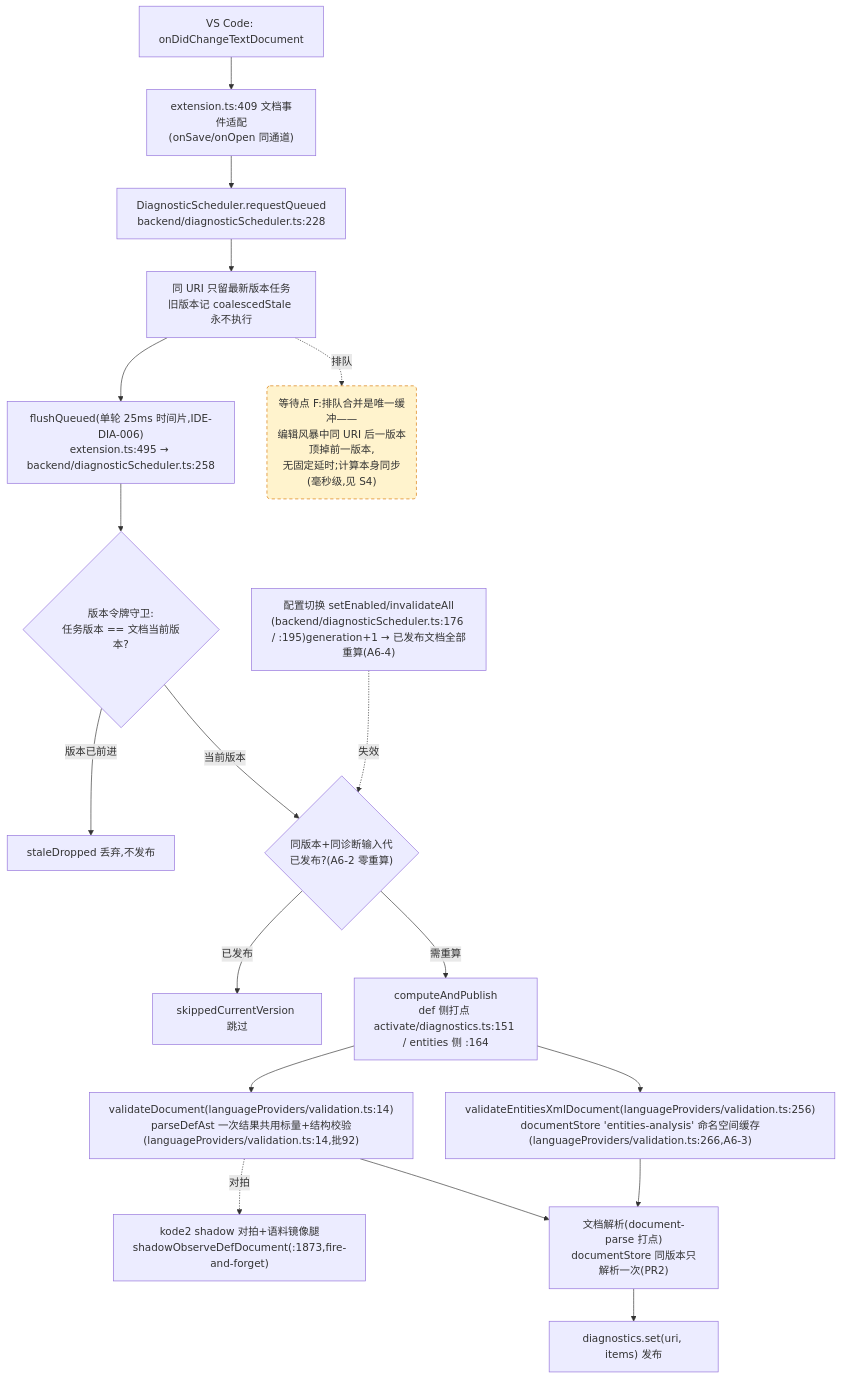
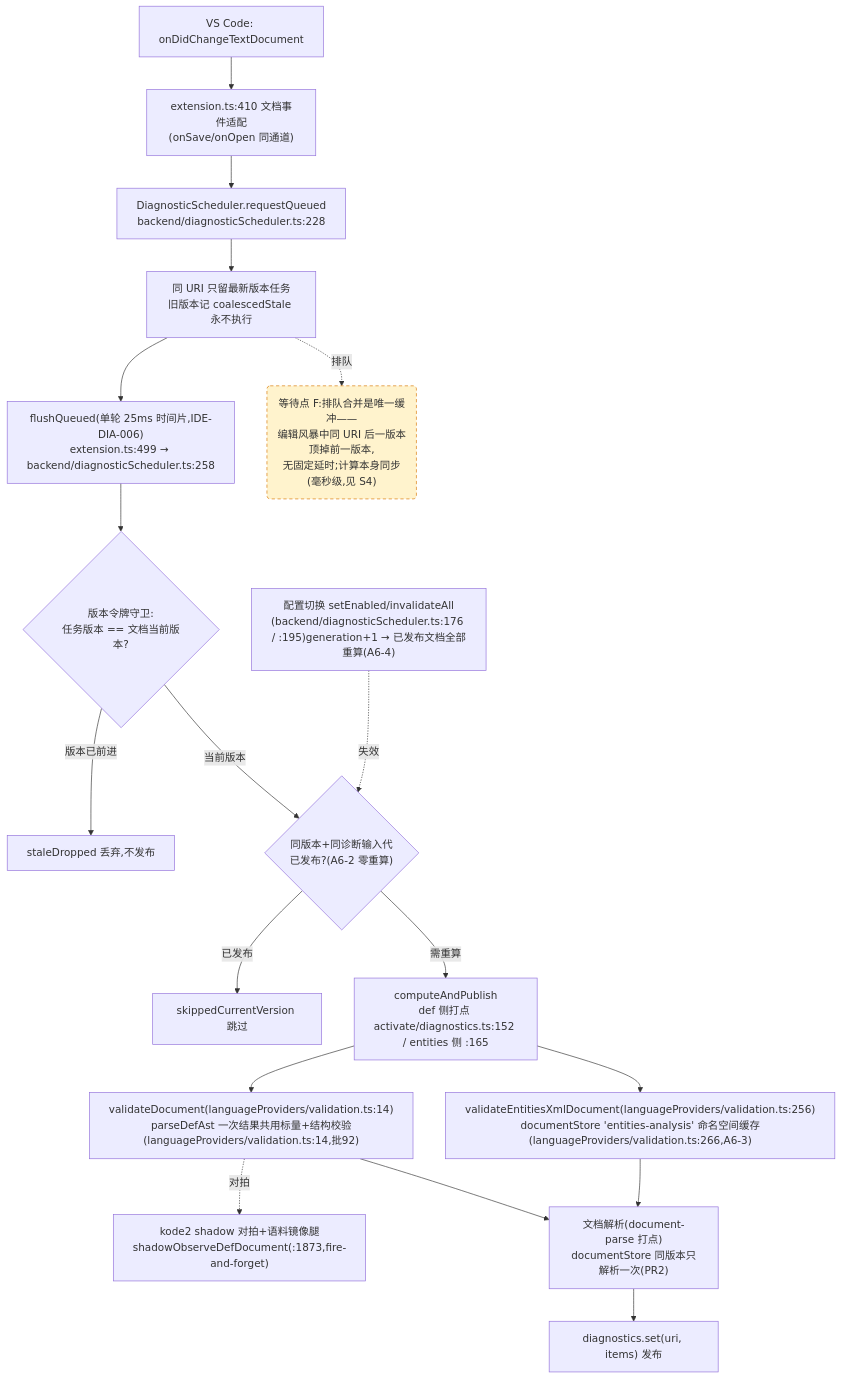
Before and after one commit to cuihairu/kode: the fourth of 4 diagrams in docs/perf/2026-baseline.md, drawn with Mermaid. The commit also changed other lines of this file and 19 other files, not shown here.

````diff
--- a/docs/perf/2026-baseline.md
+++ b/docs/perf/2026-baseline.md
@@ -214,38 +216,38 @@
 ```mermaid
 flowchart TD
   CHG["VS Code: onDidChangeTextDocument"]
-  WATCH["extension.ts:409 文档事件适配<br/>(onSave/onOpen 同通道)"]
+  WATCH["extension.ts:410 文档事件适配<br/>(onSave/onOpen 同通道)"]
   RQ["DiagnosticScheduler.requestQueued<br/>backend/diagnosticScheduler.ts:228"]
   CO["同 URI 只留最新版本任务<br/>旧版本记 coalescedStale 永不执行"]
-  FL["flushQueued(单轮 25ms 时间片,IDE-DIA-006)<br/>extension.ts:495 → backend/diagnosticScheduler.ts:258"]
+  FL["flushQueued(单轮 25ms 时间片,IDE-DIA-006)<br/>extension.ts:499 → backend/diagnosticScheduler.ts:258"]
   VG{"版本令牌守卫:<br/>任务版本 == 文档当前版本?"}
   DROP["staleDropped 丢弃,不发布"]
   GEN{"同版本+同诊断输入代<br/>已发布?(A6-2 零重算)"}
   SKIP["skippedCurrentVersion 跳过"]
-  CALC["computeAndPublish<br/>def 侧打点 activate/diagnostics.ts:151 / entities 侧 :164"]
+  CALC["computeAndPublish<br/>def 侧打点 activate/diagnostics.ts:152 / entities 侧 :165"]
   VD["validateDocument(languageProviders/validation.ts:14)<br/>parseDefAst 一次结果共用标量+结构校验(languageProviders/validation.ts:14,批92)"]
   VEX["validateEntitiesXmlDocument(languageProviders/validation.ts:256)<br/>documentStore 'entities-analysis' 命名空间缓存(languageProviders/validation.ts:266,A6-3)"]
   SHDD["kode2 shadow 对拍+语料镜像腿<br/>shadowObserveDefDocument(:1873,fire-and-forget)"]
   DS["文档解析(document-parse 打点)<br/>documentStore 同版本只解析一次(PR2)"]
   PUB["diagnostics.set(uri, items) 发布"]
   CFG2["配置切换 setEnabled/invalidateAll<br/>(backend/diagnosticScheduler.ts:176 / :195)generation+1 → 已发布文档全部重算(A6-4)"]
 
   CHG --> WATCH --> RQ --> CO --> FL --> VG
   VG -- "版本已前进" --> DROP
   VG -- "当前版本" --> GEN
   GEN -- "已发布" --> SKIP
   GEN -- "需重算" --> CALC
   CALC --> VD
   CALC --> VEX
   VD --> DS
   VEX --> DS
   DS --> PUB
   VD -.->|对拍| SHDD
   CFG2 -.->|失效| GEN
 
   WAITF("等待点 F:排队合并是唯一缓冲——<br/>编辑风暴中同 URI 后一版本顶掉前一版本,<br/>无固定延时;计算本身同步(毫秒级,见 S4)")
   CO -.->|排队| WAITF
 
   classDef waitPoint fill:#fff3cd,stroke:#d97706,stroke-dasharray:5 4;
   class WAITF waitPoint;
 ```
````
